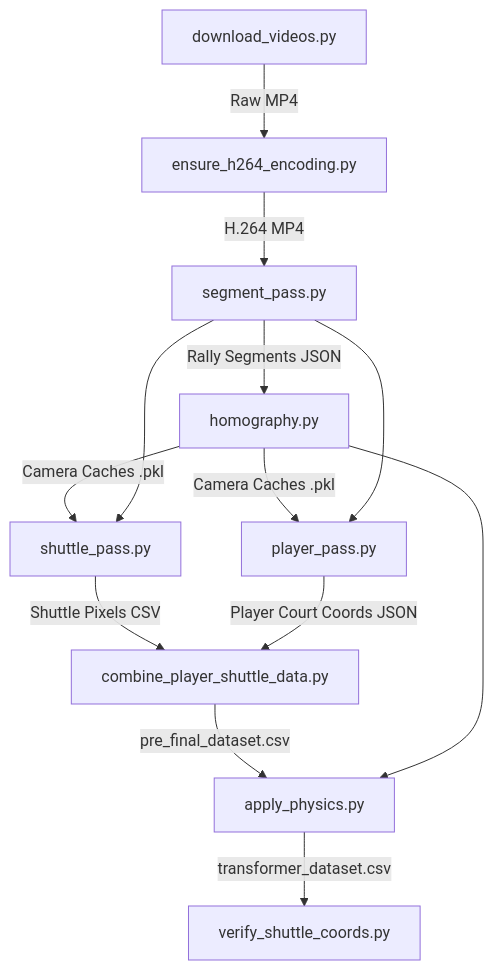
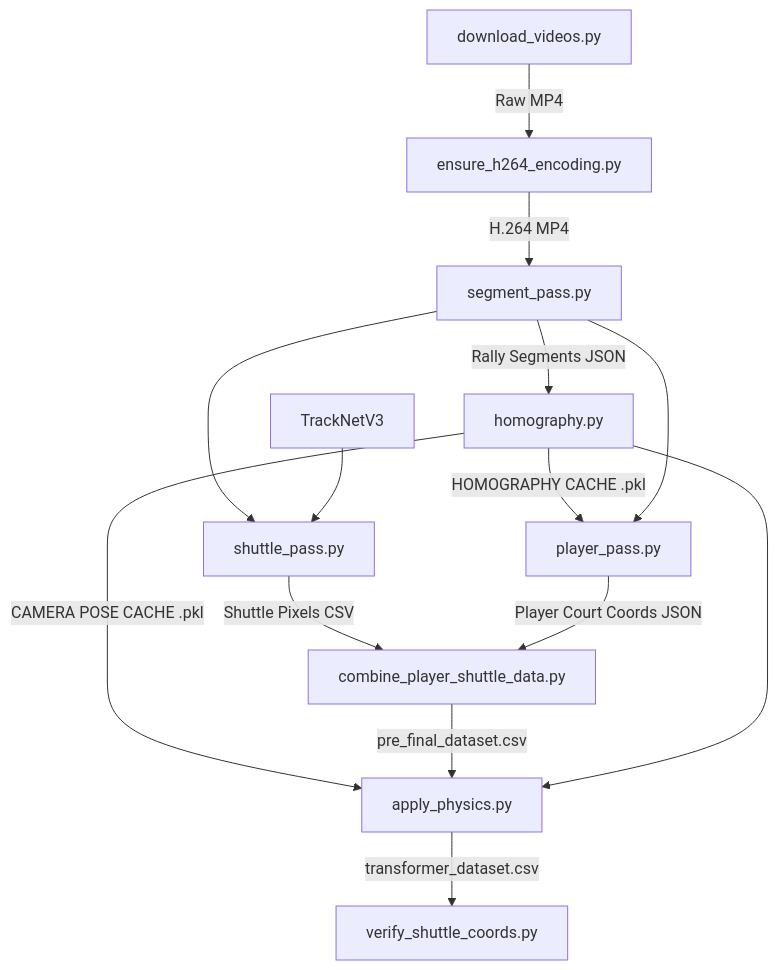
One commit to Saksham-2024/Sports-Engine changed the diagram in src/dataset_creation/README.md. Above: the diagram before and after it, drawn with Mermaid. The commit also changed 7 other files, not shown here.

````diff
--- a/src/dataset_creation/README.md
+++ b/src/dataset_creation/README.md
@@ -11,15 +11,16 @@
 ```mermaid
 graph TD
     A[download_videos.py] -->|Raw MP4| B[ensure_h264_encoding.py]
     B -->|H.264 MP4| C[segment_pass.py]
     C -->|Rally Segments JSON| D[homography.py]
-    D -->|Camera Caches .pkl| E[shuttle_pass.py]
-    D -->|Camera Caches .pkl| F[player_pass.py]
+    D --> |CAMERA POSE CACHE .pkl| H[apply_physics.py]
+    D -->|HOMOGRAPHY CACHE .pkl| F[player_pass.py]
     C --> E
     C --> F
     E -->|Shuttle Pixels CSV| G[combine_player_shuttle_data.py]
     F -->|Player Court Coords JSON| G
     G -->|pre_final_dataset.csv| H[apply_physics.py]
     D --> H
     H -->|transformer_dataset.csv| I[verify_shuttle_coords.py]
+    Z[TrackNetV3] --> E[shuttle_pass.py]
 ```
````
